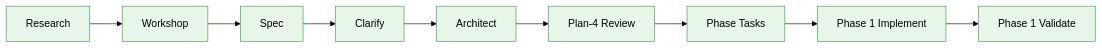
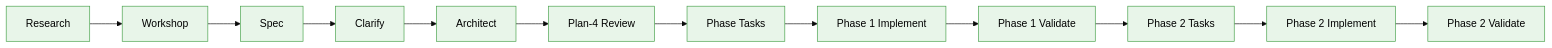
One commit to vaughanknight/pij changed the diagram in docs/plans/007-options-for-pi-extensions-that-do-subagents/agent-workbench.fltplan.md. Above: the diagram before and after it, drawn with Mermaid (base theme). The commit also changed other lines of this file and 12 other files, not shown here.

````diff
--- a/docs/plans/007-options-for-pi-extensions-that-do-subagents/agent-workbench.fltplan.md
+++ b/docs/plans/007-options-for-pi-extensions-that-do-subagents/agent-workbench.fltplan.md
@@ -66,8 +66,8 @@
 ```mermaid
 flowchart LR
     classDef done fill:#E8F5E9,stroke:#43A047,color:#000
     classDef active fill:#FFF3E0,stroke:#FB8C00,color:#000
     classDef pending fill:#ECEFF1,stroke:#607D8B,color:#000
 
-    R[Research]:::done --> W[Workshop]:::done --> S[Spec]:::done --> C[Clarify]:::done --> A[Architect]:::done --> P4[Plan-4 Review]:::done --> T[Phase Tasks]:::done --> I[Phase 1 Implement]:::done --> V[Phase 1 Validate]:::done
+    R[Research]:::done --> W[Workshop]:::done --> S[Spec]:::done --> C[Clarify]:::done --> A[Architect]:::done --> P4[Plan-4 Review]:::done --> T[Phase Tasks]:::done --> I[Phase 1 Implement]:::done --> V[Phase 1 Validate]:::done --> P2T[Phase 2 Tasks]:::done --> P2I[Phase 2 Implement]:::done --> P2V[Phase 2 Validate]:::done
 ```
````
